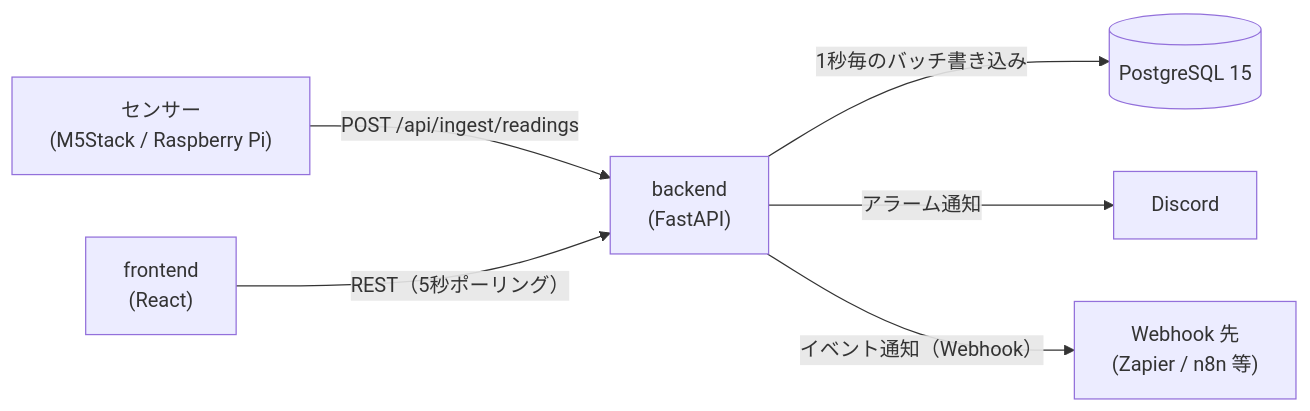
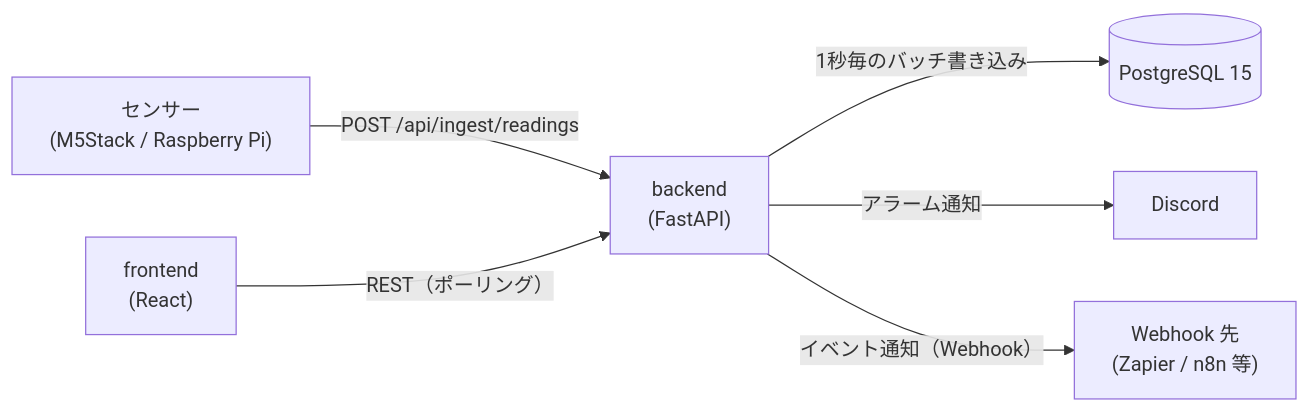
Before and after one commit to hide23link/factoreye: the diagram in docs/architecture.md, drawn with Mermaid. The commit also changed other lines of this file and 1 other file, not shown here.

````diff
--- a/docs/architecture.md
+++ b/docs/architecture.md
@@ -26,15 +26,15 @@
 ```mermaid
 flowchart LR
     Sensors["センサー<br/>(M5Stack / Raspberry Pi)"]
     Backend["backend<br/>(FastAPI)"]
     DB[("PostgreSQL 15")]
     Frontend["frontend<br/>(React)"]
     Discord["Discord"]
     Hooks["Webhook 先<br/>(Zapier / n8n 等)"]
 
     Sensors -->|"POST /api/ingest/readings"| Backend
     Backend -->|"1秒毎のバッチ書き込み"| DB
     Backend -->|"アラーム通知"| Discord
     Backend -->|"イベント通知（Webhook）"| Hooks
-    Frontend -->|"REST（5秒ポーリング）"| Backend
+    Frontend -->|"REST（ポーリング）"| Backend
 ```
````
